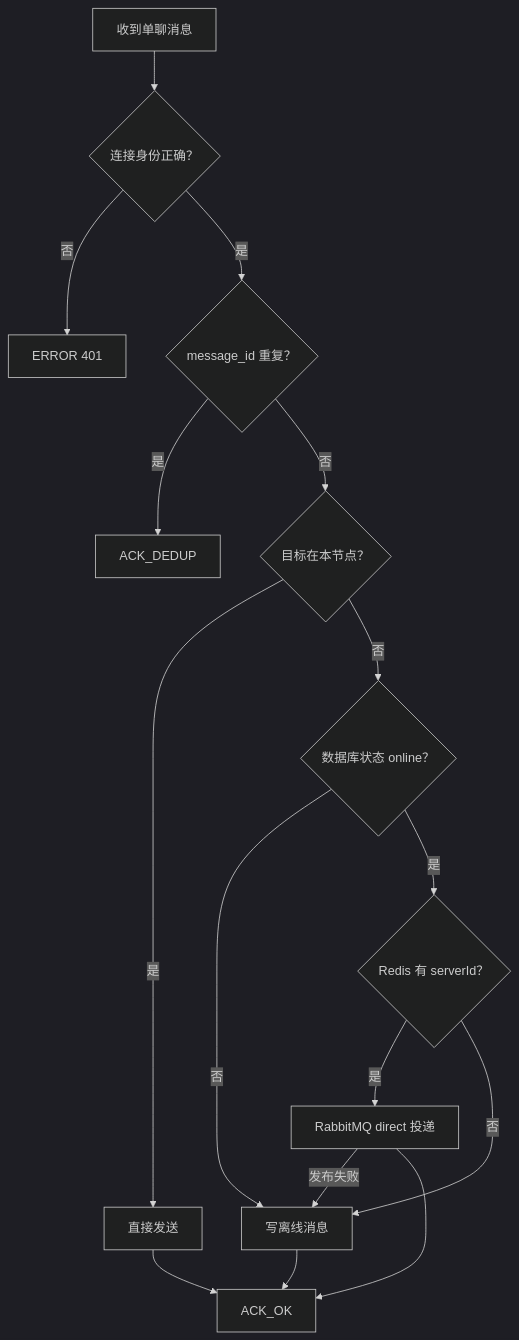
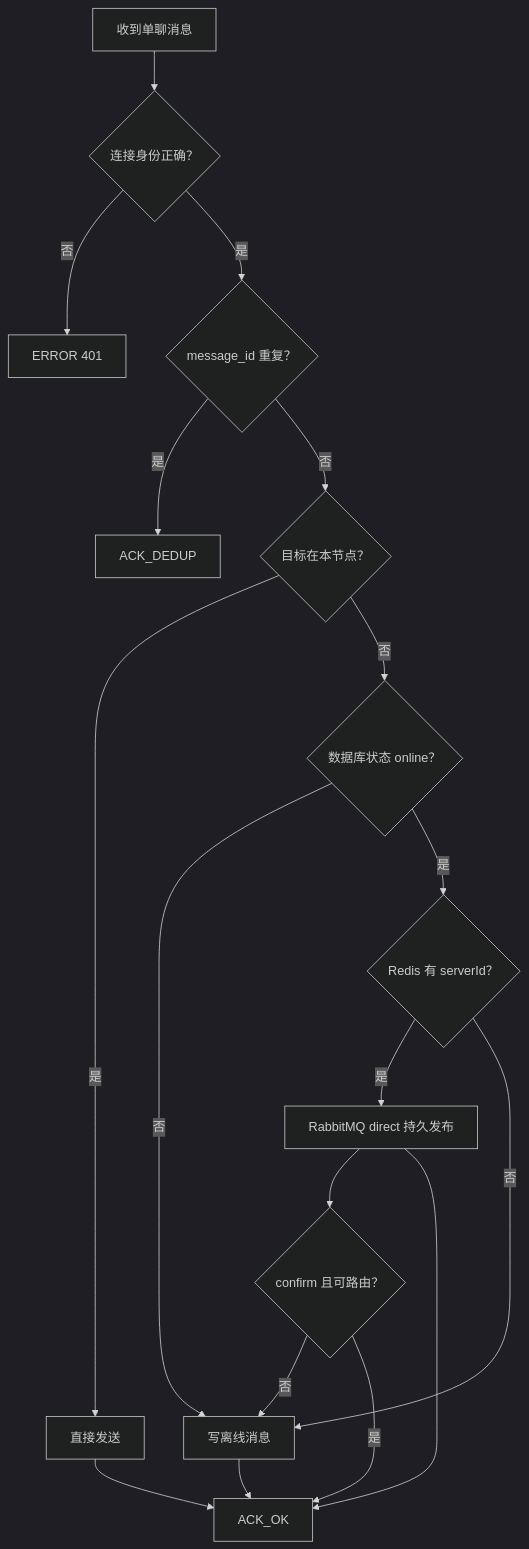
One commit to guoyitao0115/chatserver changed the third of 3 diagrams in docs/2-当前项目架构.md. Above: the diagram before and after it, drawn with Mermaid (dark theme). The commit also changed other lines of this file and 35 other files, not shown here.

````diff
--- a/docs/2-当前项目架构.md
+++ b/docs/2-当前项目架构.md
@@ -103,18 +103,20 @@
 ```mermaid
 flowchart TD
     A["收到单聊消息"] --> Auth{"连接身份正确？"}
     Auth -->|否| E["ERROR 401"]
     Auth -->|是| D{"message_id 重复？"}
     D -->|是| AD["ACK_DEDUP"]
     D -->|否| L{"目标在本节点？"}
     L -->|是| Local["直接发送"]
     L -->|否| O{"数据库状态 online？"}
     O -->|否| Offline["写离线消息"]
     O -->|是| Route{"Redis 有 serverId？"}
-    Route -->|是| MQ["RabbitMQ direct 投递"]
+    Route -->|是| MQ["RabbitMQ direct 持久发布"]
     Route -->|否| Offline
-    MQ -->|发布失败| Offline
+    MQ --> Confirm{"confirm 且可路由？"}
+    Confirm -->|否| Offline
+    Confirm -->|是| ACK
     Local --> ACK["ACK_OK"]
     MQ --> ACK
     Offline --> ACK
 ```
````
